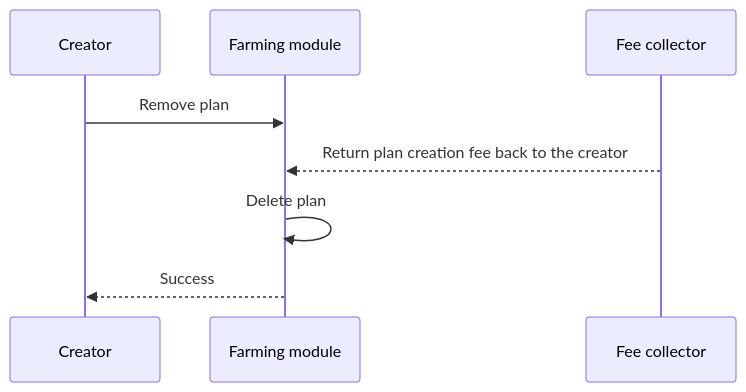
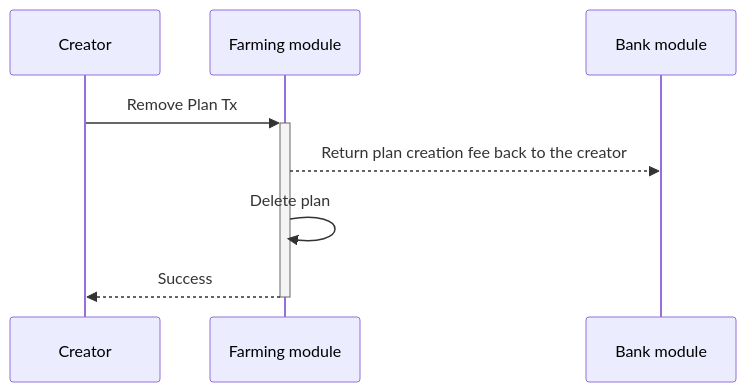
One commit to MANTRA-Chain/mantrachain changed the sixth of 7 diagrams in x/farming/spec/09_txs_flows.md. Above: the diagram before and after it, drawn with Mermaid. The commit also changed other lines of this file and 12 other files, not shown here.

Commit message:
docs: add update txs flows docs

````diff
--- a/x/farming/spec/09_txs_flows.md
+++ b/x/farming/spec/09_txs_flows.md
@@ -72,7 +69,7 @@
 ```mermaid
 sequenceDiagram
-Creator ->> Farming module: Remove plan
-Fee collector-->>Farming module: Return plan creation fee back to the creator
+Creator->>+Farming module: Remove Plan Tx
+Farming module-->>Bank module: Return plan creation fee back to the creator
 Farming module->>Farming module: Delete plan
-Farming module-->> Creator: Success
+Farming module-->>-Creator: Success
 ```
````
